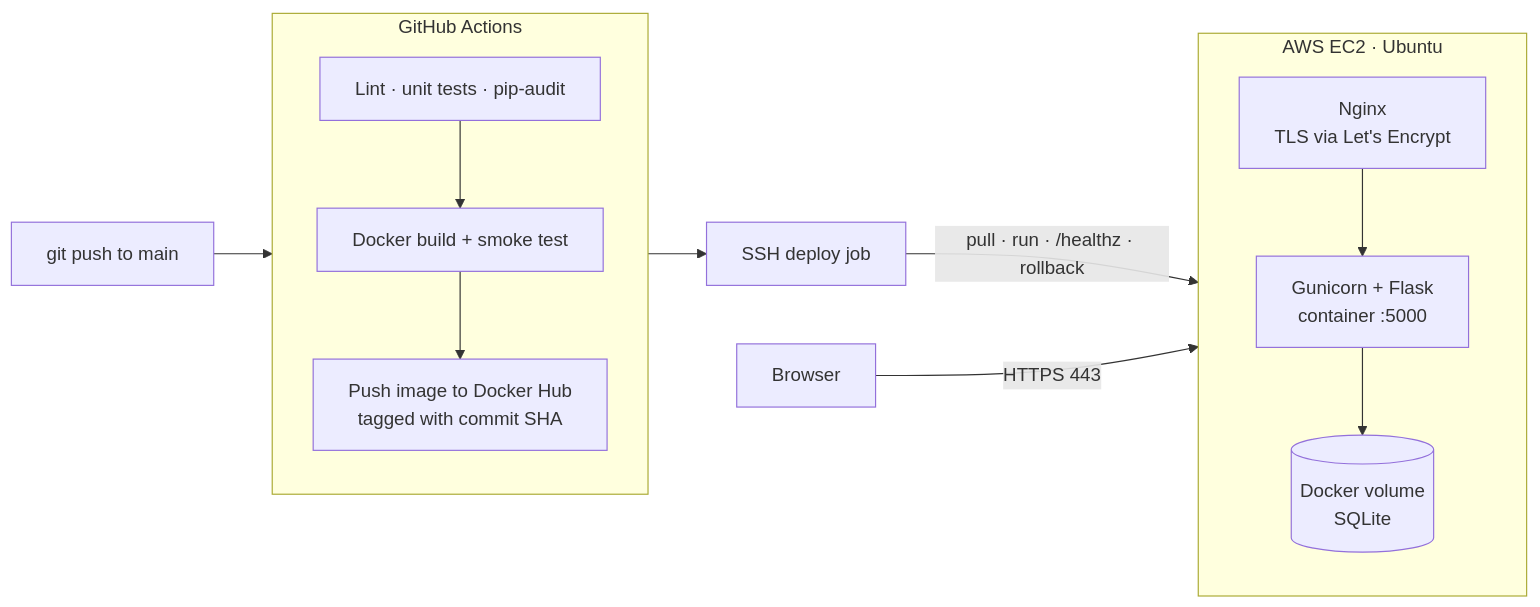
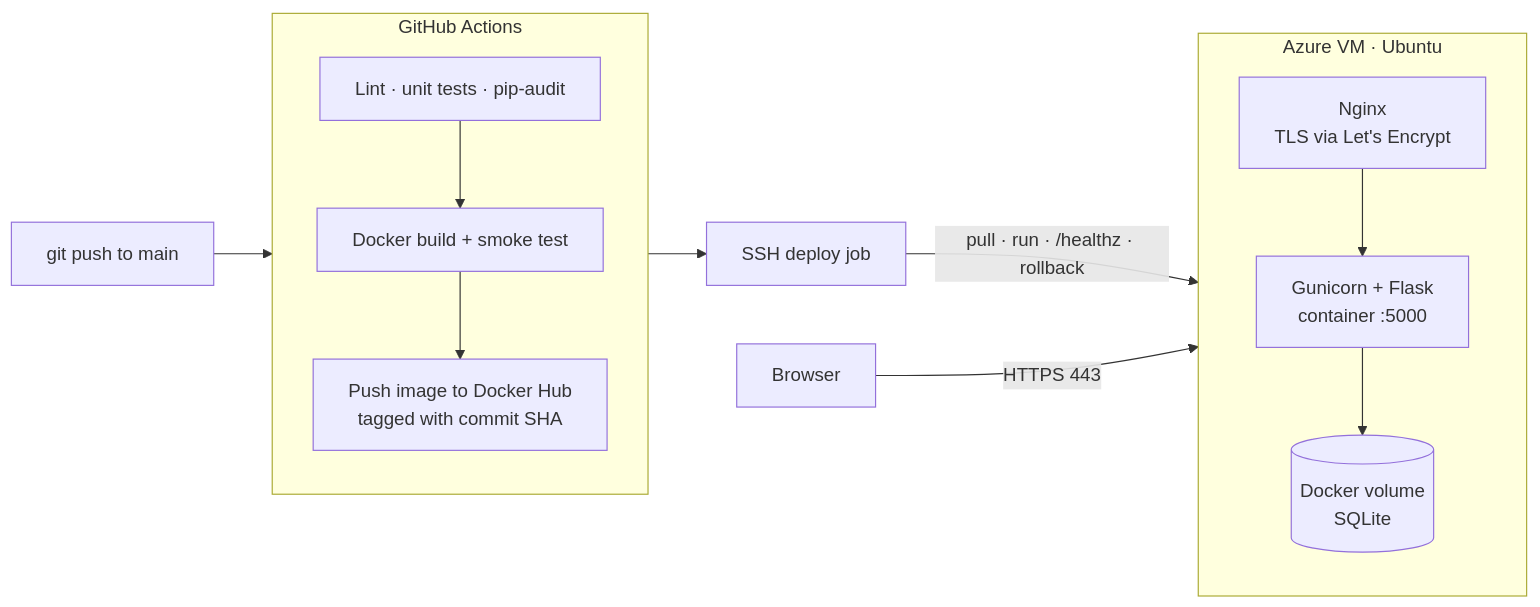
One commit to TrevorvaughanDEV/devops-project changed the diagram in README.md. Above: the diagram before and after it, drawn with Mermaid. The commit also changed other lines of this file and 4 other files, not shown here.

````diff
--- a/README.md
+++ b/README.md
@@ -15,21 +18,21 @@
 ```mermaid
 flowchart LR
     dev[git push to main] --> gha
 
     subgraph gha[GitHub Actions]
         direction TB
         t[Lint · unit tests · pip-audit] --> b[Docker build + smoke test]
         b --> p[Push image to Docker Hub<br/>tagged with commit SHA]
     end
 
     p --> ssh[SSH deploy job]
 
-    subgraph ec2[AWS EC2 · Ubuntu]
+    subgraph vm[Azure VM · Ubuntu]
         direction TB
         nginx[Nginx<br/>TLS via Let's Encrypt] --> app[Gunicorn + Flask<br/>container :5000]
         app --> vol[(Docker volume<br/>SQLite)]
     end
 
     ssh -->|pull · run · /healthz · rollback| app
     user[Browser] -->|HTTPS 443| nginx
 ```
````
